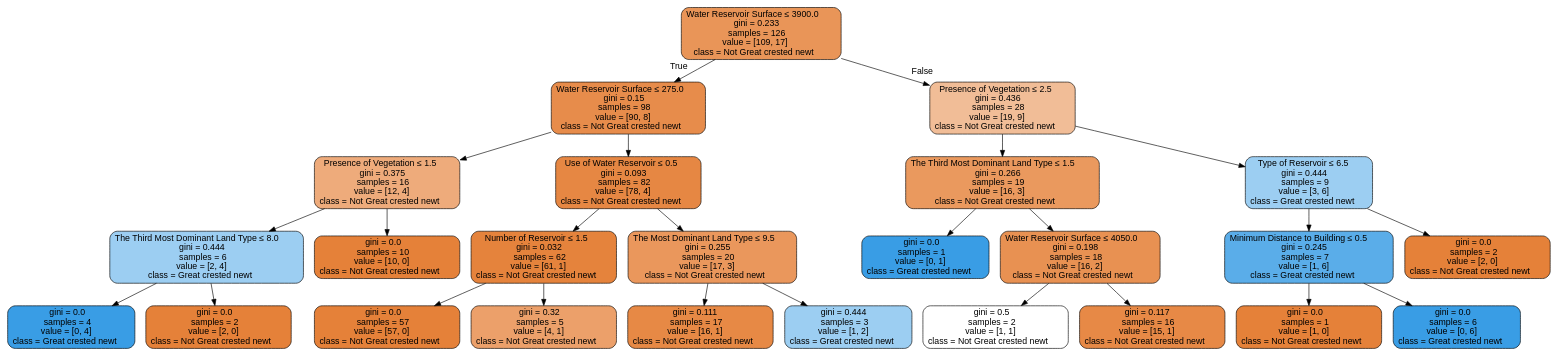
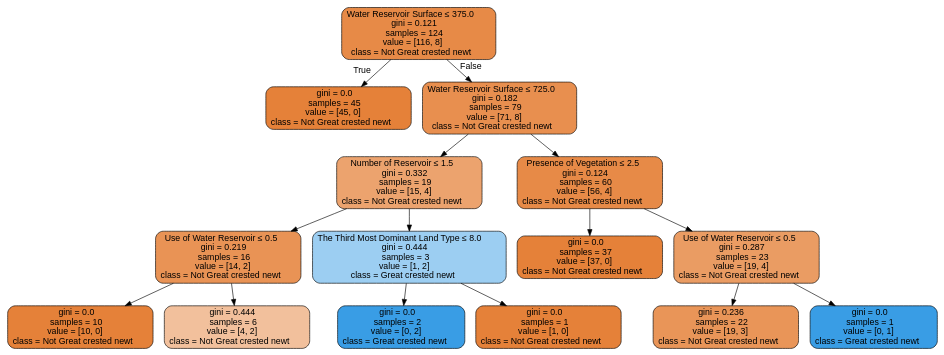
The diagram in Amphibian/DataVisualization/Graphviz/gn.dot (Jerry2001/Data_Mining), drawn with Graphviz before and after one commit. The commit also changed 19 other files, not shown here.

```diff
--- a/Amphibian/DataVisualization/Graphviz/gn.dot
+++ b/Amphibian/DataVisualization/Graphviz/gn.dot
@@ -1,53 +1,33 @@
 digraph Tree {
 node [shape=box, style="filled, rounded", color="black", fontname=helvetica] ;
 edge [fontname=helvetica] ;
-0 [label=<Water Reservoir Surface &le; 3900.0<br/>gini = 0.233<br/>samples = 126<br/>value = [109, 17]<br/>class = Not Great crested newt>, fillcolor="#e99558"] ;
-1 [label=<Water Reservoir Surface &le; 275.0<br/>gini = 0.15<br/>samples = 98<br/>value = [90, 8]<br/>class = Not Great crested newt>, fillcolor="#e78c4b"] ;
+0 [label=<Water Reservoir Surface &le; 375.0<br/>gini = 0.121<br/>samples = 124<br/>value = [116, 8]<br/>class = Not Great crested newt>, fillcolor="#e78a47"] ;
+1 [label=<gini = 0.0<br/>samples = 45<br/>value = [45, 0]<br/>class = Not Great crested newt>, fillcolor="#e58139"] ;
 0 -> 1 [labeldistance=2.5, labelangle=45, headlabel="True"] ;
-2 [label=<Presence of Vegetation &le; 1.5<br/>gini = 0.375<br/>samples = 16<br/>value = [12, 4]<br/>class = Not Great crested newt>, fillcolor="#eeab7b"] ;
-1 -> 2 ;
-3 [label=<The Third Most Dominant Land Type &le; 8.0<br/>gini = 0.444<br/>samples = 6<br/>value = [2, 4]<br/>class = Great crested newt>, fillcolor="#9ccef2"] ;
+2 [label=<Water Reservoir Surface &le; 725.0<br/>gini = 0.182<br/>samples = 79<br/>value = [71, 8]<br/>class = Not Great crested newt>, fillcolor="#e88f4f"] ;
+0 -> 2 [labeldistance=2.5, labelangle=-45, headlabel="False"] ;
+3 [label=<Number of Reservoir &le; 1.5<br/>gini = 0.332<br/>samples = 19<br/>value = [15, 4]<br/>class = Not Great crested newt>, fillcolor="#eca36e"] ;
 2 -> 3 ;
-4 [label=<gini = 0.0<br/>samples = 4<br/>value = [0, 4]<br/>class = Great crested newt>, fillcolor="#399de5"] ;
+4 [label=<Use of Water Reservoir &le; 0.5<br/>gini = 0.219<br/>samples = 16<br/>value = [14, 2]<br/>class = Not Great crested newt>, fillcolor="#e99355"] ;
 3 -> 4 ;
-5 [label=<gini = 0.0<br/>samples = 2<br/>value = [2, 0]<br/>class = Not Great crested newt>, fillcolor="#e58139"] ;
-3 -> 5 ;
-6 [label=<gini = 0.0<br/>samples = 10<br/>value = [10, 0]<br/>class = Not Great crested newt>, fillcolor="#e58139"] ;
-2 -> 6 ;
-7 [label=<Use of Water Reservoir &le; 0.5<br/>gini = 0.093<br/>samples = 82<br/>value = [78, 4]<br/>class = Not Great crested newt>, fillcolor="#e68743"] ;
-1 -> 7 ;
-8 [label=<Number of Reservoir &le; 1.5<br/>gini = 0.032<br/>samples = 62<br/>value = [61, 1]<br/>class = Not Great crested newt>, fillcolor="#e5833c"] ;
+5 [label=<gini = 0.0<br/>samples = 10<br/>value = [10, 0]<br/>class = Not Great crested newt>, fillcolor="#e58139"] ;
+4 -> 5 ;
+6 [label=<gini = 0.444<br/>samples = 6<br/>value = [4, 2]<br/>class = Not Great crested newt>, fillcolor="#f2c09c"] ;
+4 -> 6 ;
+7 [label=<The Third Most Dominant Land Type &le; 8.0<br/>gini = 0.444<br/>samples = 3<br/>value = [1, 2]<br/>class = Great crested newt>, fillcolor="#9ccef2"] ;
+3 -> 7 ;
+8 [label=<gini = 0.0<br/>samples = 2<br/>value = [0, 2]<br/>class = Great crested newt>, fillcolor="#399de5"] ;
 7 -> 8 ;
-9 [label=<gini = 0.0<br/>samples = 57<br/>value = [57, 0]<br/>class = Not Great crested newt>, fillcolor="#e58139"] ;
-8 -> 9 ;
-10 [label=<gini = 0.32<br/>samples = 5<br/>value = [4, 1]<br/>class = Not Great crested newt>, fillcolor="#eca06a"] ;
-8 -> 10 ;
-11 [label=<The Most Dominant Land Type &le; 9.5<br/>gini = 0.255<br/>samples = 20<br/>value = [17, 3]<br/>class = Not Great crested newt>, fillcolor="#ea975c"] ;
-7 -> 11 ;
-12 [label=<gini = 0.111<br/>samples = 17<br/>value = [16, 1]<br/>class = Not Great crested newt>, fillcolor="#e78945"] ;
-11 -> 12 ;
-13 [label=<gini = 0.444<br/>samples = 3<br/>value = [1, 2]<br/>class = Great crested newt>, fillcolor="#9ccef2"] ;
-11 -> 13 ;
-14 [label=<Presence of Vegetation &le; 2.5<br/>gini = 0.436<br/>samples = 28<br/>value = [19, 9]<br/>class = Not Great crested newt>, fillcolor="#f1bd97"] ;
-0 -> 14 [labeldistance=2.5, labelangle=-45, headlabel="False"] ;
-15 [label=<The Third Most Dominant Land Type &le; 1.5<br/>gini = 0.266<br/>samples = 19<br/>value = [16, 3]<br/>class = Not Great crested newt>, fillcolor="#ea995e"] ;
-14 -> 15 ;
-16 [label=<gini = 0.0<br/>samples = 1<br/>value = [0, 1]<br/>class = Great crested newt>, fillcolor="#399de5"] ;
-15 -> 16 ;
-17 [label=<Water Reservoir Surface &le; 4050.0<br/>gini = 0.198<br/>samples = 18<br/>value = [16, 2]<br/>class = Not Great crested newt>, fillcolor="#e89152"] ;
-15 -> 17 ;
-18 [label=<gini = 0.5<br/>samples = 2<br/>value = [1, 1]<br/>class = Not Great crested newt>, fillcolor="#ffffff"] ;
-17 -> 18 ;
-19 [label=<gini = 0.117<br/>samples = 16<br/>value = [15, 1]<br/>class = Not Great crested newt>, fillcolor="#e78946"] ;
-17 -> 19 ;
-20 [label=<Type of Reservoir &le; 6.5<br/>gini = 0.444<br/>samples = 9<br/>value = [3, 6]<br/>class = Great crested newt>, fillcolor="#9ccef2"] ;
-14 -> 20 ;
-21 [label=<Minimum Distance to Building &le; 0.5<br/>gini = 0.245<br/>samples = 7<br/>value = [1, 6]<br/>class = Great crested newt>, fillcolor="#5aade9"] ;
-20 -> 21 ;
-22 [label=<gini = 0.0<br/>samples = 1<br/>value = [1, 0]<br/>class = Not Great crested newt>, fillcolor="#e58139"] ;
-21 -> 22 ;
-23 [label=<gini = 0.0<br/>samples = 6<br/>value = [0, 6]<br/>class = Great crested newt>, fillcolor="#399de5"] ;
-21 -> 23 ;
-24 [label=<gini = 0.0<br/>samples = 2<br/>value = [2, 0]<br/>class = Not Great crested newt>, fillcolor="#e58139"] ;
-20 -> 24 ;
+9 [label=<gini = 0.0<br/>samples = 1<br/>value = [1, 0]<br/>class = Not Great crested newt>, fillcolor="#e58139"] ;
+7 -> 9 ;
+10 [label=<Presence of Vegetation &le; 2.5<br/>gini = 0.124<br/>samples = 60<br/>value = [56, 4]<br/>class = Not Great crested newt>, fillcolor="#e78a47"] ;
+2 -> 10 ;
+11 [label=<gini = 0.0<br/>samples = 37<br/>value = [37, 0]<br/>class = Not Great crested newt>, fillcolor="#e58139"] ;
+10 -> 11 ;
+12 [label=<Use of Water Reservoir &le; 0.5<br/>gini = 0.287<br/>samples = 23<br/>value = [19, 4]<br/>class = Not Great crested newt>, fillcolor="#ea9c63"] ;
+10 -> 12 ;
+13 [label=<gini = 0.236<br/>samples = 22<br/>value = [19, 3]<br/>class = Not Great crested newt>, fillcolor="#e99558"] ;
+12 -> 13 ;
+14 [label=<gini = 0.0<br/>samples = 1<br/>value = [0, 1]<br/>class = Great crested newt>, fillcolor="#399de5"] ;
+12 -> 14 ;
 }
```
